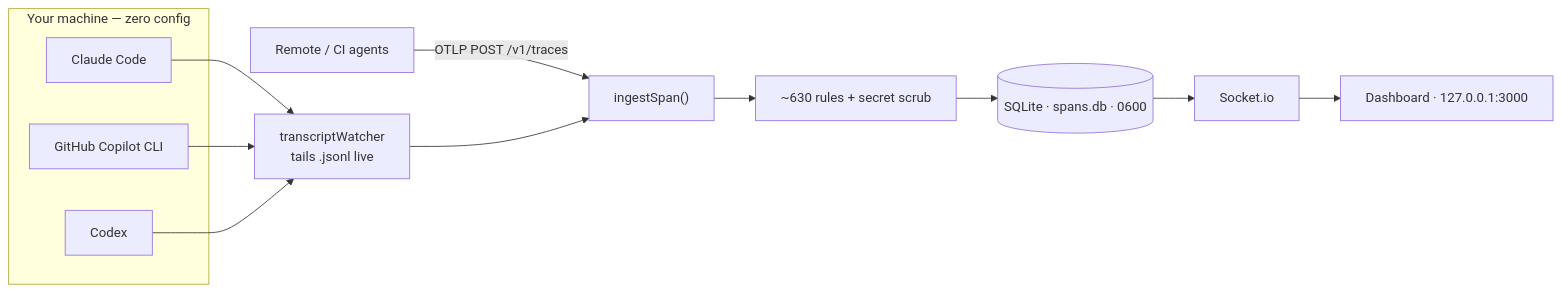
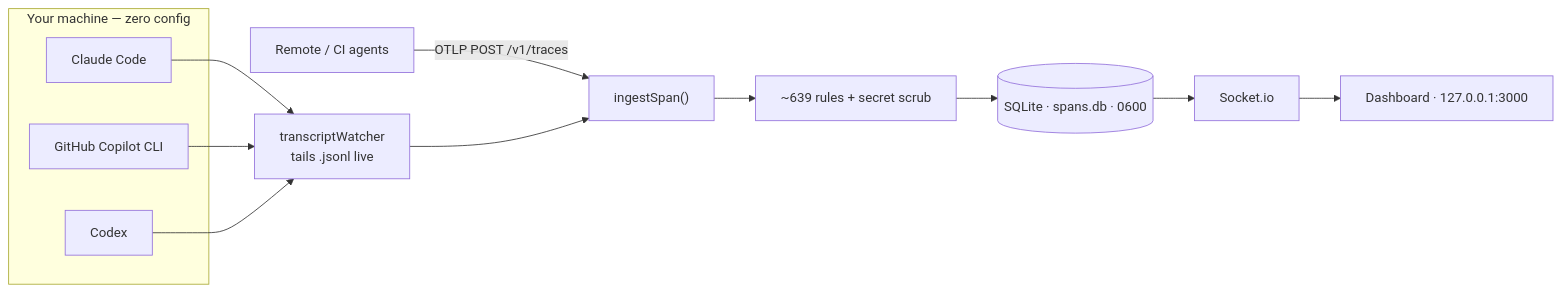
One commit to aanjaneyasinghdhoni/ClaudeSec changed the diagram in docs/index.mdx. Above: the diagram before and after it, drawn with Mermaid. The commit also changed other lines of this file and 36 other files, not shown here.

````diff
--- a/docs/index.mdx
+++ b/docs/index.mdx
@@ -78,17 +78,17 @@
 ```mermaid
 flowchart LR
     subgraph machine["Your machine — zero config"]
         CC["Claude Code"]
         CP["GitHub Copilot CLI"]
         CX["Codex"]
     end
     CC --> W["transcriptWatcher<br/>tails .jsonl live"]
     CP --> W
     CX --> W
     REMOTE["Remote / CI agents"] -->|"OTLP POST /v1/traces"| ING
     W --> ING["ingestSpan()"]
-    ING --> RULES["~630 rules + secret scrub"]
+    ING --> RULES["~639 rules + secret scrub"]
     RULES --> DB[("SQLite · spans.db · 0600")]
     DB --> IO["Socket.io"]
     IO --> UI["Dashboard · 127.0.0.1:3000"]
 ```
````
